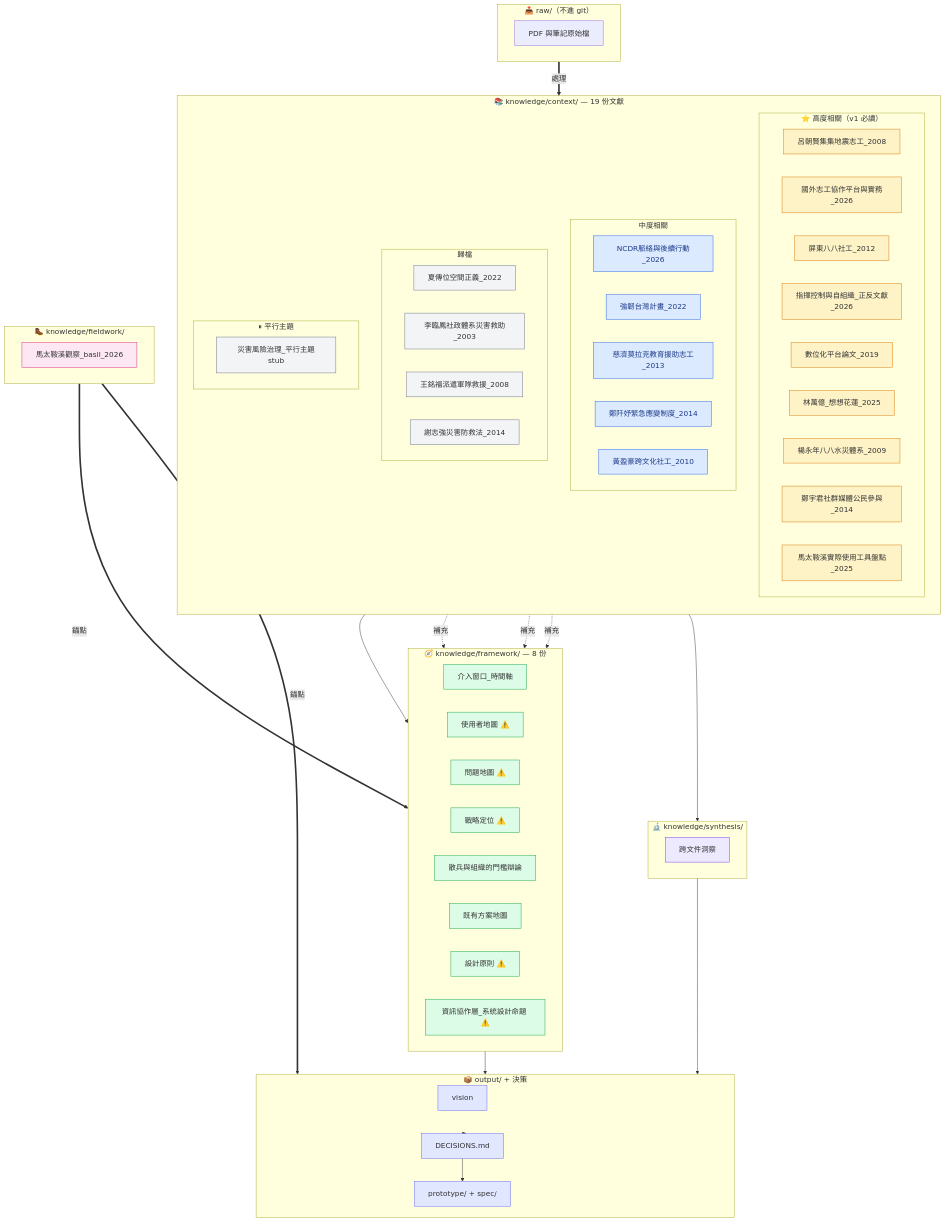
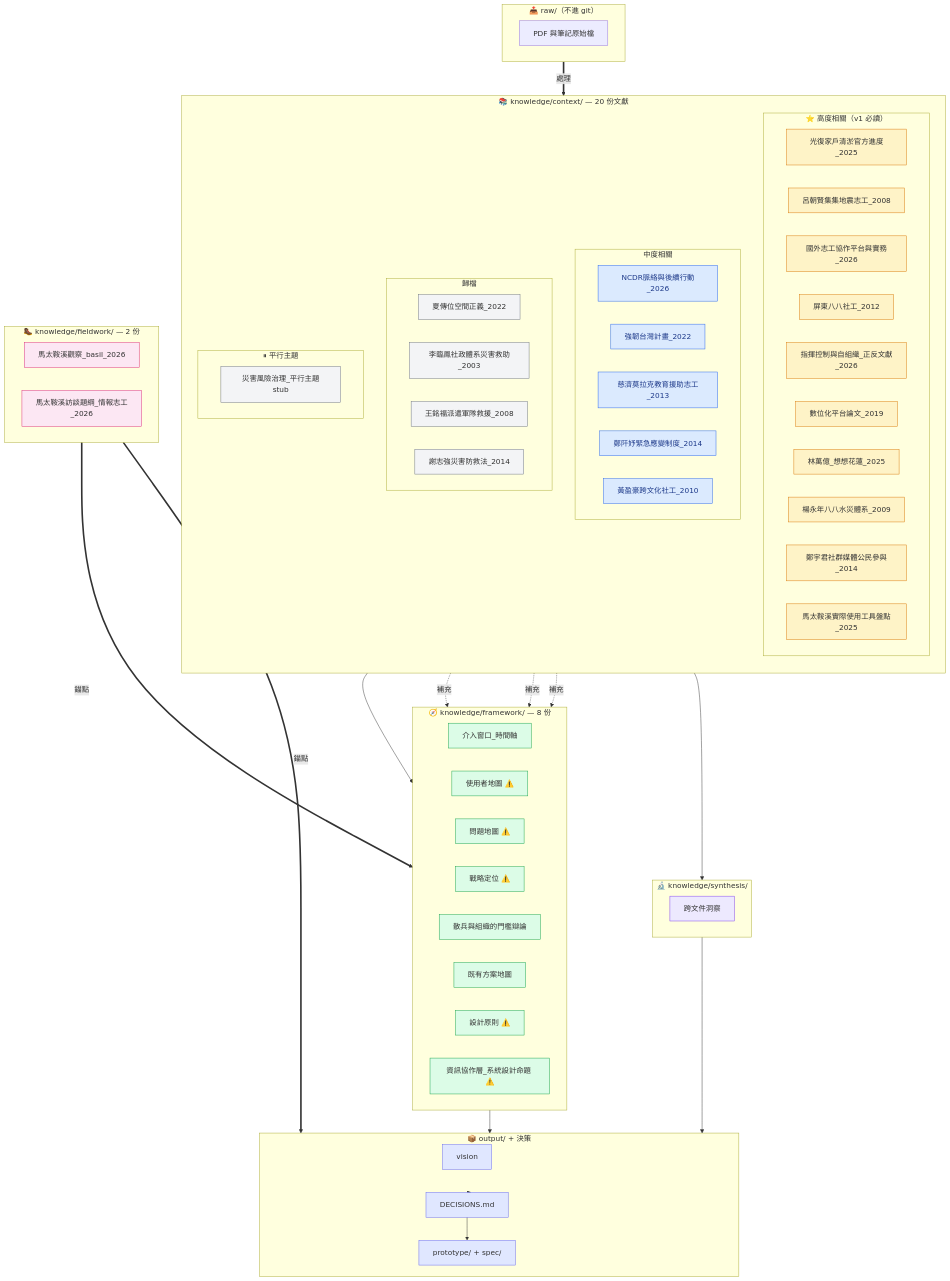
One commit to BasilHsieh/resq-hub changed the third of 8 diagrams in ARCHITECTURE.md. Above: the diagram before and after it, drawn with Mermaid. The commit also changed other lines of this file and 18 other files, not shown here.

````diff
--- a/ARCHITECTURE.md
+++ b/ARCHITECTURE.md
@@ -127,58 +127,60 @@
         RP["PDF 與筆記原始檔"]
     end
 
-    subgraph CTX["📚 knowledge/context/ — 19 份文獻"]
+    subgraph CTX["📚 knowledge/context/ — 20 份文獻"]
         direction TB
         subgraph HIGH["⭐ 高度相關（v1 必讀）"]
-            N2["呂朝賢集集地震志工_2008"]
-            N3["國外志工協作平台與實務_2026"]
-            N5["屏東八八社工_2012"]
-            N8["指揮控制與自組織_正反文獻_2026"]
-            N9["數位化平台論文_2019"]
-            N11["林萬億_想想花蓮_2025"]
-            N12["楊永年八八水災體系_2009"]
-            N16["鄭宇君社群媒體公民參與_2014"]
-            N18["馬太鞍溪實際使用工具盤點_2025"]
+            N2["光復家戶清淤官方進度_2025"]
+            N3["呂朝賢集集地震志工_2008"]
+            N4["國外志工協作平台與實務_2026"]
+            N6["屏東八八社工_2012"]
+            N9["指揮控制與自組織_正反文獻_2026"]
+            N10["數位化平台論文_2019"]
+            N12["林萬億_想想花蓮_2025"]
+            N13["楊永年八八水災體系_2009"]
+            N17["鄭宇君社群媒體公民參與_2014"]
+            N19["馬太鞍溪實際使用工具盤點_2025"]
         end
         subgraph MID["中度相關"]
             N1["NCDR脈絡與後續行動_2026"]
-            N6["強韌台灣計畫_2022"]
-            N7["慈濟莫拉克教育援助志工_2013"]
-            N17["鄭阡妤緊急應變制度_2014"]
-            N19["黃盈豪跨文化社工_2010"]
+            N7["強韌台灣計畫_2022"]
+            N8["慈濟莫拉克教育援助志工_2013"]
+            N18["鄭阡妤緊急應變制度_2014"]
+            N20["黃盈豪跨文化社工_2010"]
         end
         subgraph LOW["歸檔"]
-            N4["夏傳位空間正義_2022"]
-            N10["李臨鳳社政體系災害救助_2003"]
-            N14["王銘福派遣軍隊救援_2008"]
-            N15["謝志強災害防救法_2014"]
+            N5["夏傳位空間正義_2022"]
+            N11["李臨鳳社政體系災害救助_2003"]
+            N15["王銘福派遣軍隊救援_2008"]
+            N16["謝志強災害防救法_2014"]
         end
         subgraph PARK["⏸ 平行主題"]
-            N13["災害風險治理_平行主題stub"]
+            N14["災害風險治理_平行主題stub"]
         end
     end
 
     subgraph FW["🧭 knowledge/framework/ — 8 份"]
-        N21["介入窗口_時間軸"]
-        N22["使用者地圖 ⚠️"]
-        N23["問題地圖 ⚠️"]
-        N24["戰略定位 ⚠️"]
-        N25["散兵與組織的門檻辯論"]
-        N26["既有方案地圖"]
-        N27["設計原則 ⚠️"]
-        N28["資訊協作層_系統設計命題 ⚠️"]
+        N23["介入窗口_時間軸"]
+        N24["使用者地圖 ⚠️"]
+        N25["問題地圖 ⚠️"]
+        N26["戰略定位 ⚠️"]
+        N27["散兵與組織的門檻辯論"]
+        N28["既有方案地圖"]
+        N29["設計原則 ⚠️"]
+        N30["資訊協作層_系統設計命題 ⚠️"]
     end
 
-    subgraph FLD["🥾 knowledge/fieldwork/"]
-        N20["馬太鞍溪觀察_basil_2026"]
+    subgraph FLD["🥾 knowledge/fieldwork/ — 2 份"]
+        N21["馬太鞍溪觀察_basil_2026"]
+        N22["馬太鞍溪訪談題綱_情報志工_2026"]
     end
 
     subgraph SYN["🔬 knowledge/synthesis/"]
-        N29["跨文件洞察"]
+        N31["跨文件洞察"]
     end
 
     subgraph OUT["📦 output/ + 決策"]
-        N33["vision"]
+        N35["vision"]
         PRD["prototype/ + spec/"]
         DEC["DECISIONS.md"]
     end
@@ -203,48 +205,50 @@
     classDef fld fill:#fce7f3,stroke:#db2777
     classDef syn fill:#ede9fe,stroke:#7c3aed
     classDef out fill:#e0e7ff,stroke:#6366f1
-    class N21,N22,N23,N24,N25,N26,N27,N28 fw
-    class N20 fld
-    class N29 syn
-    class N33 out
+    class N23,N24,N25,N26,N27,N28,N29,N30 fw
+    class N21,N22 fld
+    class N31 syn
+    class N35 out
     class PRD,DEC out
-    class N2,N3,N5,N8,N9,N11,N12,N16,N18 high
-    class N1,N6,N7,N17,N19 mid
-    class N4,N10,N14,N15 low
-    class N13 low
+    class N2,N3,N4,N6,N9,N10,N12,N13,N17,N19 high
+    class N1,N7,N8,N18,N20 mid
+    class N5,N11,N15,N16 low
+    class N14 low
 
     click N1 "knowledge/context/NCDR脈絡與後續行動_2026.md" "開啟原檔"
-    click N2 "knowledge/context/呂朝賢集集地震志工_2008.md" "開啟原檔"
-    click N3 "knowledge/context/國外志工協作平台與實務_2026.md" "開啟原檔"
-    click N4 "knowledge/context/夏傳位空間正義_2022.md" "開啟原檔"
-    click N5 "knowledge/context/屏東八八社工_2012.md" "開啟原檔"
-    click N6 "knowledge/context/強韌台灣計畫_2022.md" "開啟原檔"
-    click N7 "knowledge/context/慈濟莫拉克教育援助志工_2013.md" "開啟原檔"
-    click N8 "knowledge/context/指揮控制與自組織_正反文獻_2026.md" "開啟原檔"
-    click N9 "knowledge/context/數位化平台論文_2019.md" "開啟原檔"
-    click N10 "knowledge/context/李臨鳳社政體系災害救助_2003.md" "開啟原檔"
-    click N11 "knowledge/context/林萬億_想想花蓮_2025.md" "開啟原檔"
-    click N12 "knowledge/context/楊永年八八水災體系_2009.md" "開啟原檔"
-    click N13 "knowledge/context/災害風險治理_平行主題stub.md" "開啟原檔"
-    click N14 "knowledge/context/王銘福派遣軍隊救援_2008.md" "開啟原檔"
-    click N15 "knowledge/context/謝志強災害防救法_2014.md" "開啟原檔"
-    click N16 "knowledge/context/鄭宇君社群媒體公民參與_2014.md" "開啟原檔"
-    click N17 "knowledge/context/鄭阡妤緊急應變制度_2014.md" "開啟原檔"
-    click N18 "knowledge/context/馬太鞍溪實際使用工具盤點_2025.md" "開啟原檔"
-    click N19 "knowledge/context/黃盈豪跨文化社工_2010.md" "開啟原檔"
-    click N20 "knowledge/fieldwork/馬太鞍溪觀察_basil_2026.md" "開啟原檔"
-    click N21 "knowledge/framework/介入窗口_時間軸.md" "開啟原檔"
-    click N22 "knowledge/framework/使用者地圖.md" "開啟原檔"
-    click N23 "knowledge/framework/問題地圖.md" "開啟原檔"
-    click N24 "knowledge/framework/戰略定位.md" "開啟原檔"
-    click N25 "knowledge/framework/散兵與組織的門檻辯論.md" "開啟原檔"
-    click N26 "knowledge/framework/既有方案地圖.md" "開啟原檔"
-    click N27 "knowledge/framework/設計原則.md" "開啟原檔"
-    click N28 "knowledge/framework/資訊協作層_系統設計命題.md" "開啟原檔"
-    click N29 "knowledge/synthesis/跨文件洞察.md" "開啟原檔"
-    click N30 "knowledge/文獻處理進度.md" "開啟原檔"
-    click N31 "output/spec/角色輪廓.md" "開啟原檔"
-    click N32 "output/spec/資料模型與狀態機.md" "開啟原檔"
-    click N33 "output/vision.md" "開啟原檔"
+    click N2 "knowledge/context/光復家戶清淤官方進度_2025.md" "開啟原檔"
+    click N3 "knowledge/context/呂朝賢集集地震志工_2008.md" "開啟原檔"
+    click N4 "knowledge/context/國外志工協作平台與實務_2026.md" "開啟原檔"
+    click N5 "knowledge/context/夏傳位空間正義_2022.md" "開啟原檔"
+    click N6 "knowledge/context/屏東八八社工_2012.md" "開啟原檔"
+    click N7 "knowledge/context/強韌台灣計畫_2022.md" "開啟原檔"
+    click N8 "knowledge/context/慈濟莫拉克教育援助志工_2013.md" "開啟原檔"
+    click N9 "knowledge/context/指揮控制與自組織_正反文獻_2026.md" "開啟原檔"
+    click N10 "knowledge/context/數位化平台論文_2019.md" "開啟原檔"
+    click N11 "knowledge/context/李臨鳳社政體系災害救助_2003.md" "開啟原檔"
+    click N12 "knowledge/context/林萬億_想想花蓮_2025.md" "開啟原檔"
+    click N13 "knowledge/context/楊永年八八水災體系_2009.md" "開啟原檔"
+    click N14 "knowledge/context/災害風險治理_平行主題stub.md" "開啟原檔"
+    click N15 "knowledge/context/王銘福派遣軍隊救援_2008.md" "開啟原檔"
+    click N16 "knowledge/context/謝志強災害防救法_2014.md" "開啟原檔"
+    click N17 "knowledge/context/鄭宇君社群媒體公民參與_2014.md" "開啟原檔"
+    click N18 "knowledge/context/鄭阡妤緊急應變制度_2014.md" "開啟原檔"
+    click N19 "knowledge/context/馬太鞍溪實際使用工具盤點_2025.md" "開啟原檔"
+    click N20 "knowledge/context/黃盈豪跨文化社工_2010.md" "開啟原檔"
+    click N21 "knowledge/fieldwork/馬太鞍溪觀察_basil_2026.md" "開啟原檔"
+    click N22 "knowledge/fieldwork/馬太鞍溪訪談題綱_情報志工_2026.md" "開啟原檔"
+    click N23 "knowledge/framework/介入窗口_時間軸.md" "開啟原檔"
+    click N24 "knowledge/framework/使用者地圖.md" "開啟原檔"
+    click N25 "knowledge/framework/問題地圖.md" "開啟原檔"
+    click N26 "knowledge/framework/戰略定位.md" "開啟原檔"
+    click N27 "knowledge/framework/散兵與組織的門檻辯論.md" "開啟原檔"
+    click N28 "knowledge/framework/既有方案地圖.md" "開啟原檔"
+    click N29 "knowledge/framework/設計原則.md" "開啟原檔"
+    click N30 "knowledge/framework/資訊協作層_系統設計命題.md" "開啟原檔"
+    click N31 "knowledge/synthesis/跨文件洞察.md" "開啟原檔"
+    click N32 "knowledge/文獻處理進度.md" "開啟原檔"
+    click N33 "output/spec/角色輪廓.md" "開啟原檔"
+    click N34 "output/spec/資料模型與狀態機.md" "開啟原檔"
+    click N35 "output/vision.md" "開啟原檔"
     click DEC "DECISIONS.md" "開啟原檔"
 ```
````
